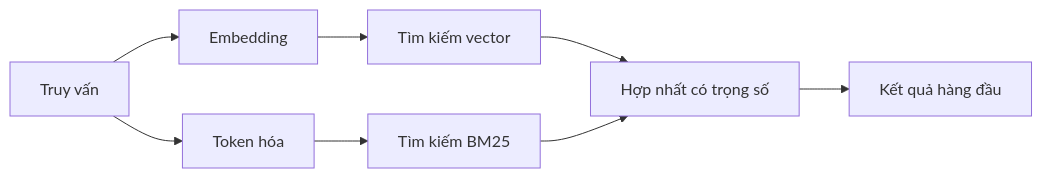
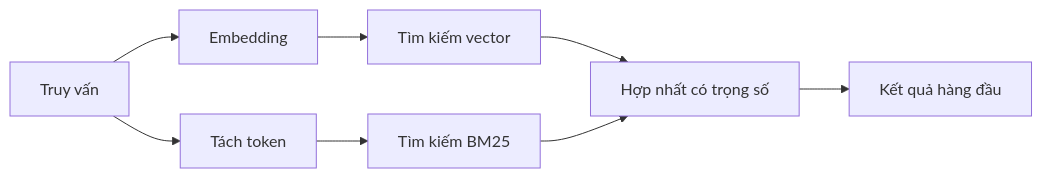
The diagram in docs/vi/concepts/memory-search.md (openclaw/docs), drawn with Mermaid before and after one commit. The commit also changed other lines of this file and 1235 other files, not shown here.

````diff
--- a/docs/vi/concepts/memory-search.md
+++ b/docs/vi/concepts/memory-search.md
@@ -79,10 +79,10 @@
 ```mermaid
 flowchart LR
     Q["Truy vấn"] --> E["Embedding"]
-    Q --> T["Token hóa"]
+    Q --> T["Tách token"]
     E --> VS["Tìm kiếm vector"]
     T --> BM["Tìm kiếm BM25"]
     VS --> M["Hợp nhất có trọng số"]
     BM --> M
     M --> R["Kết quả hàng đầu"]
 ```
````
